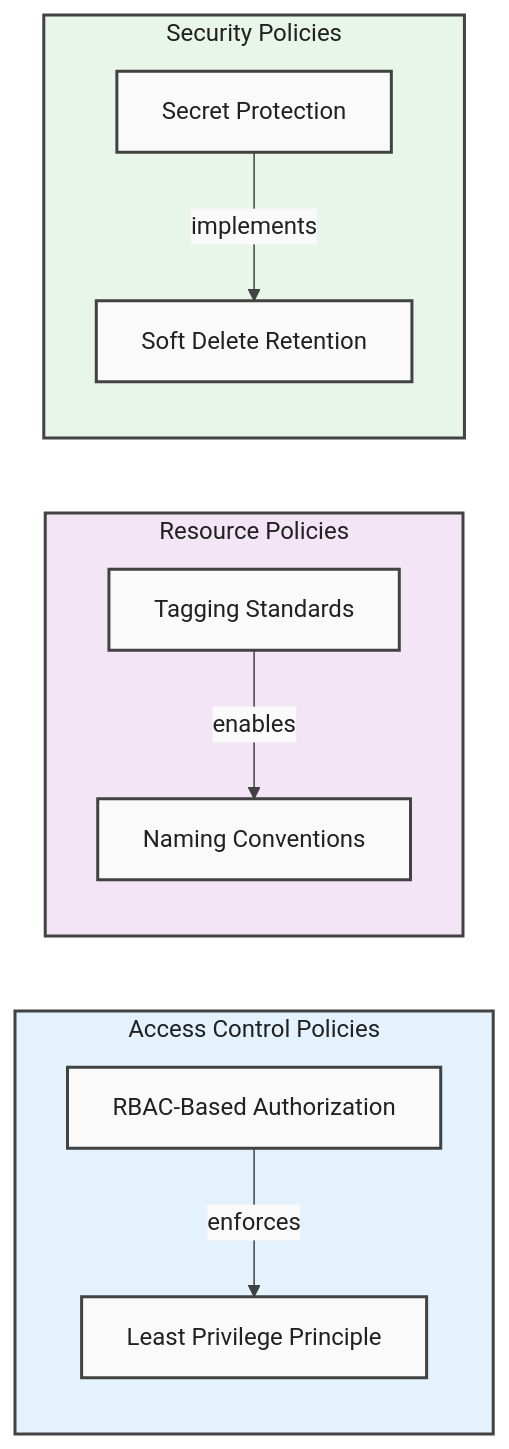
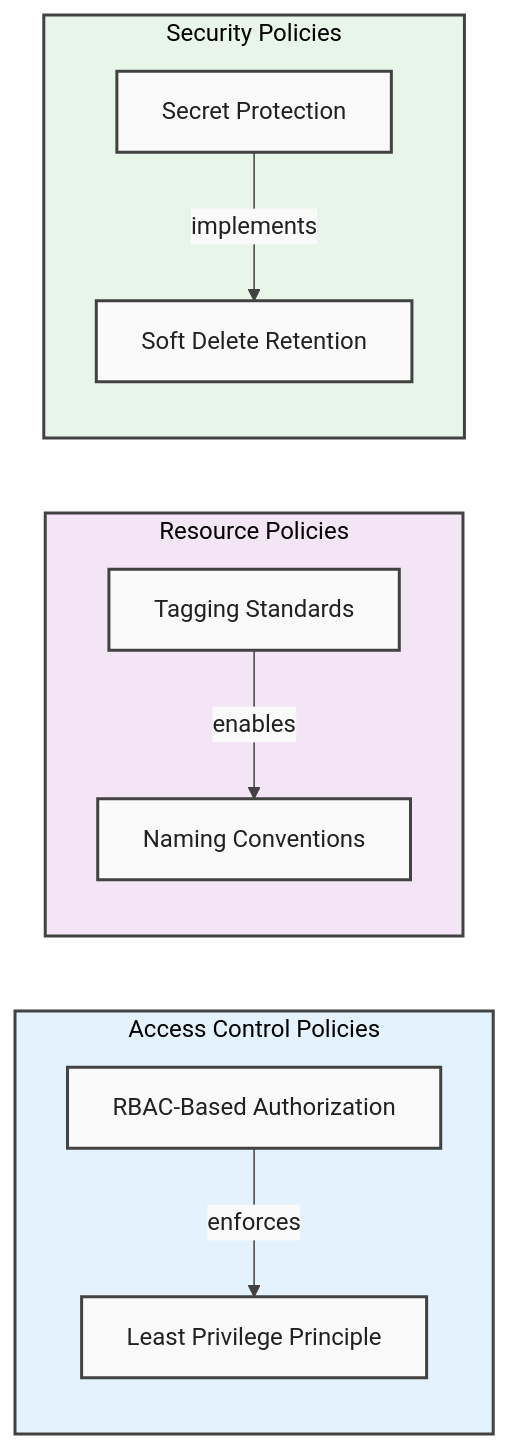
The eighth of 11 diagrams in docs/architecture/Business.md (Evilazaro/DevExp-DevBox), drawn with Mermaid before and after one commit. The commit also changed other lines of this file, not shown here.

Commit message:
docs: enhance Business Architecture document with flowchart direction and styling improvements

````diff
--- a/docs/architecture/Business.md
+++ b/docs/architecture/Business.md
@@ -1266,32 +1278,39 @@
 ```mermaid
 %%{init: {'theme': 'base', 'themeVariables': { 'primaryColor': '#FAFAFA', 'primaryBorderColor': '#424242', 'primaryTextColor': '#212121', 'lineColor': '#424242'}}}%%
 flowchart LR
     %% Style Definitions
     classDef default fill:#FAFAFA,stroke:#424242,stroke-width:2px,color:#212121
     classDef level1 fill:#E3F2FD,stroke:#424242,stroke-width:2px,color:#212121
     classDef level2 fill:#F3E5F5,stroke:#424242,stroke-width:2px,color:#212121
     classDef level3 fill:#E8F5E9,stroke:#424242,stroke-width:2px,color:#212121
 
     subgraph ACCESS["Access Control Policies"]
+        direction TB
         P1["RBAC-Based Authorization"]
         P2["Least Privilege Principle"]
     end
 
     subgraph RESOURCE["Resource Policies"]
+        direction TB
         P3["Tagging Standards"]
         P4["Naming Conventions"]
     end
 
     subgraph SECURITY["Security Policies"]
+        direction TB
         P5["Secret Protection"]
         P6["Soft Delete Retention"]
     end
 
     P1 -->|"enforces"| P2
     P3 -->|"enables"| P4
     P5 -->|"implements"| P6
 
     class ACCESS level1
     class RESOURCE level2
     class SECURITY level3
+
+    style ACCESS fill:#E3F2FD,stroke:#424242,stroke-width:2px
+    style RESOURCE fill:#F3E5F5,stroke:#424242,stroke-width:2px
+    style SECURITY fill:#E8F5E9,stroke:#424242,stroke-width:2px
 ```
````
